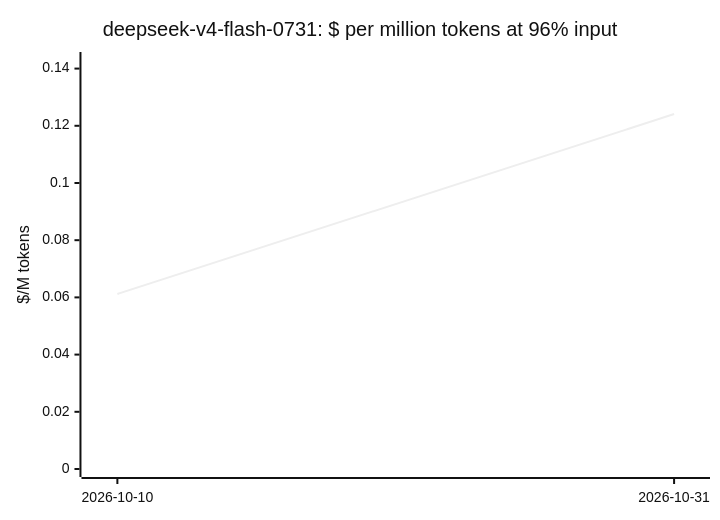
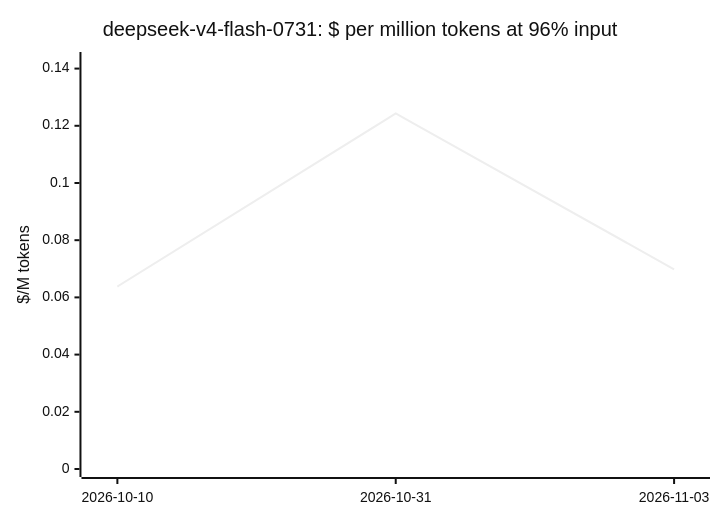
The eighth of 20 diagrams in docs/openrouter-models.md (cklukas/OMEGA_TRANSFORM), drawn with Mermaid (neutral theme) before and after one commit. The commit also changed other lines of this file and 469 other files, not shown here.

````diff
--- a/docs/openrouter-models.md
+++ b/docs/openrouter-models.md
@@ -197,7 +202,7 @@
 ```mermaid
 xychart-beta
     title "deepseek-v4-flash-0731: $ per million tokens at 96% input"
-    x-axis ["2026-10-10", "2026-10-31"]
+    x-axis ["2026-10-10", "2026-10-31", "2026-11-03"]
     y-axis "$/M tokens" 0 --> 0.143
-    line [0.0612, 0.1241]
+    line [0.06379, 0.1243, 0.06982]
 ```
````
